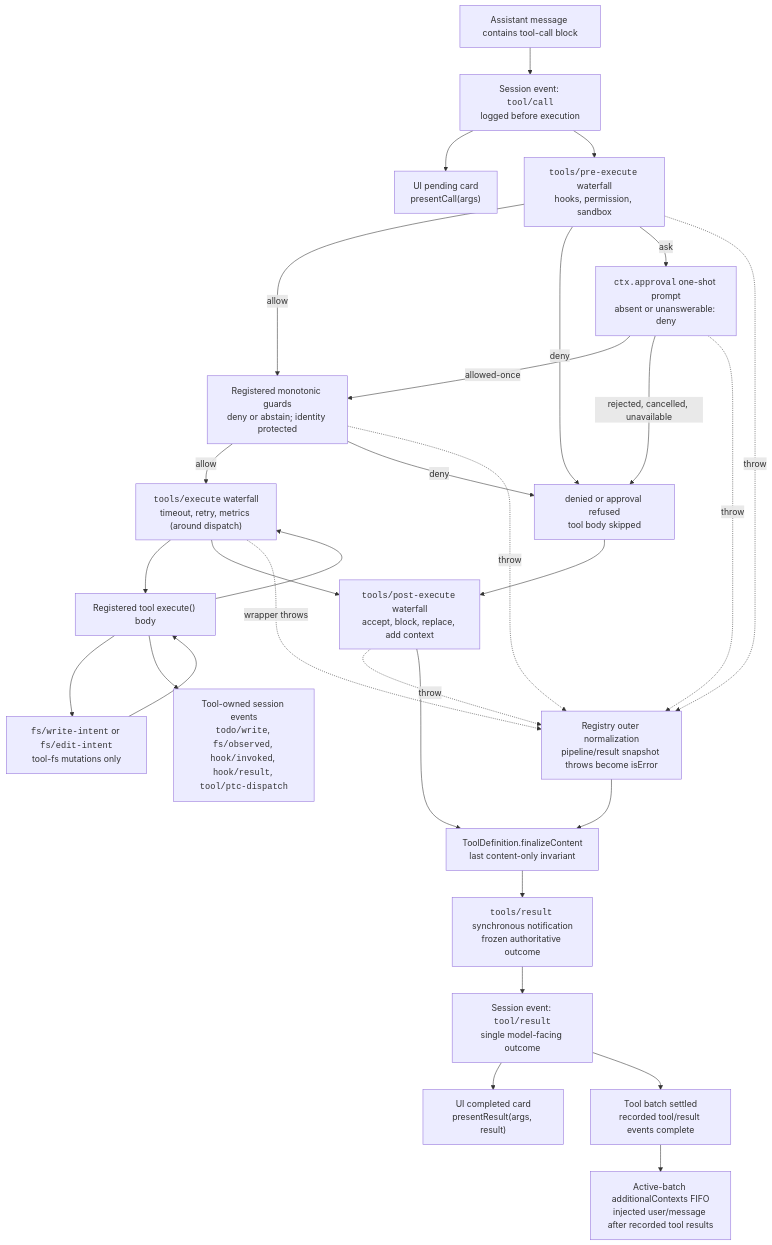
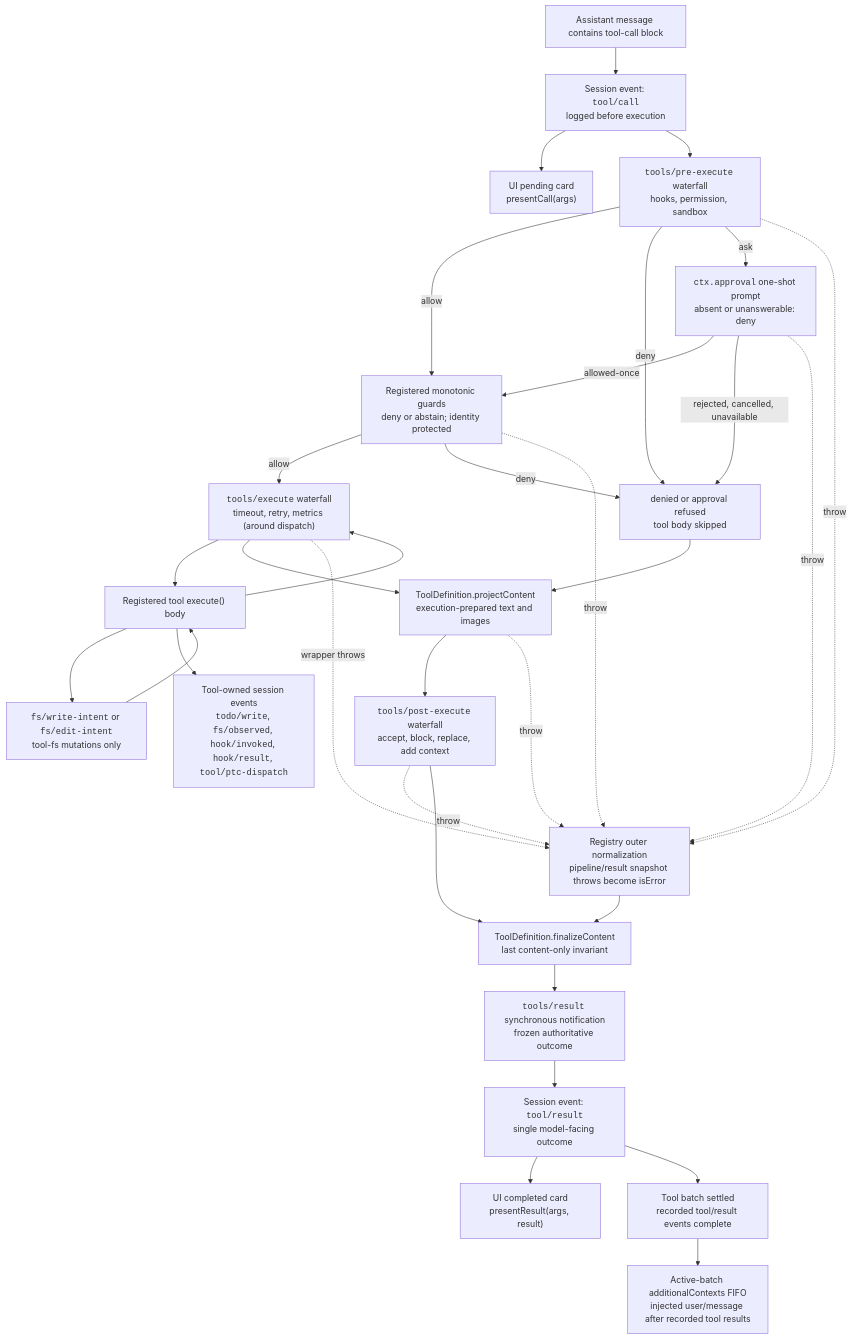
One commit to jsjm1986/CoHarness changed the diagram in docs/tool-execution-pipeline.md. Above: the diagram before and after it, drawn with Mermaid. The commit also changed other lines of this file and 6372 other files, not shown here.

````diff
--- a/docs/tool-execution-pipeline.md
+++ b/docs/tool-execution-pipeline.md
@@ -8,51 +8,54 @@
 ```mermaid
 flowchart TD
   model["Assistant message contains tool-call block"]
   toolCall["Session event: <code>tool/call</code><br/>logged before execution"]
   presentCall["UI pending card<br/>presentCall(args)"]
   pre["<code>tools/pre-execute</code> waterfall<br/>hooks, permission, sandbox"]
   guards["Registered monotonic guards<br/>deny or abstain; identity protected"]
   denied["denied or approval refused<br/>tool body skipped"]
   approval["<code>ctx.approval</code> one-shot prompt<br/>absent or unanswerable: deny"]
   around["<code>tools/execute</code> waterfall<br/>timeout, retry, metrics (around dispatch)"]
   toolBody["Registered tool execute() body"]
   fsGate["<code>fs/write-intent</code> or <code>fs/edit-intent</code><br/>tool-fs mutations only"]
   owned["Tool-owned session events<br/><code>todo/write</code>, <code>fs/observed</code>, <code>hook/invoked</code>, <code>hook/result</code>, <code>tool/ptc-dispatch</code>"]
+  project["ToolDefinition.projectContent<br/>execution-prepared text and images"]
   post["<code>tools/post-execute</code> waterfall<br/>accept, block, replace, add context"]
   normalized["Registry outer normalization<br/>pipeline/result snapshot throws become isError"]
   finalize["ToolDefinition.finalizeContent<br/>last content-only invariant"]
   final["<code>tools/result</code> synchronous notification<br/>frozen authoritative outcome"]
   context["Active-batch additionalContexts FIFO<br/>injected user/message after recorded tool results"]
   toolResult["Session event: <code>tool/result</code><br/>single model-facing outcome"]
   allResults["Tool batch settled<br/>recorded tool/result events complete"]
   presentResult["UI completed card<br/>presentResult(args, result)"]
   model --> toolCall
   toolCall --> presentCall
   toolCall --> pre
   pre -->|allow| guards
   guards -->|allow| around
   guards -->|deny| denied
   guards -.->|throw| normalized
   around --> toolBody
   pre -->|deny| denied
   pre -->|ask| approval
   approval -->|allowed-once| guards
   approval -->|rejected, cancelled, unavailable| denied
   approval -.->|throw| normalized
-  denied --> post
+  denied --> project
   pre -.->|throw| normalized
   toolBody --> fsGate
   fsGate --> toolBody
   toolBody --> owned
   toolBody --> around
-  around --> post
+  around --> project
+  project --> post
+  project -.->|throw| normalized
   around -.->|wrapper throws| normalized
   post -.->|throw| normalized
   post --> finalize
   normalized --> finalize
   finalize --> final
   final --> toolResult
   toolResult --> presentResult
   toolResult --> allResults
   allResults --> context
 ```
````
